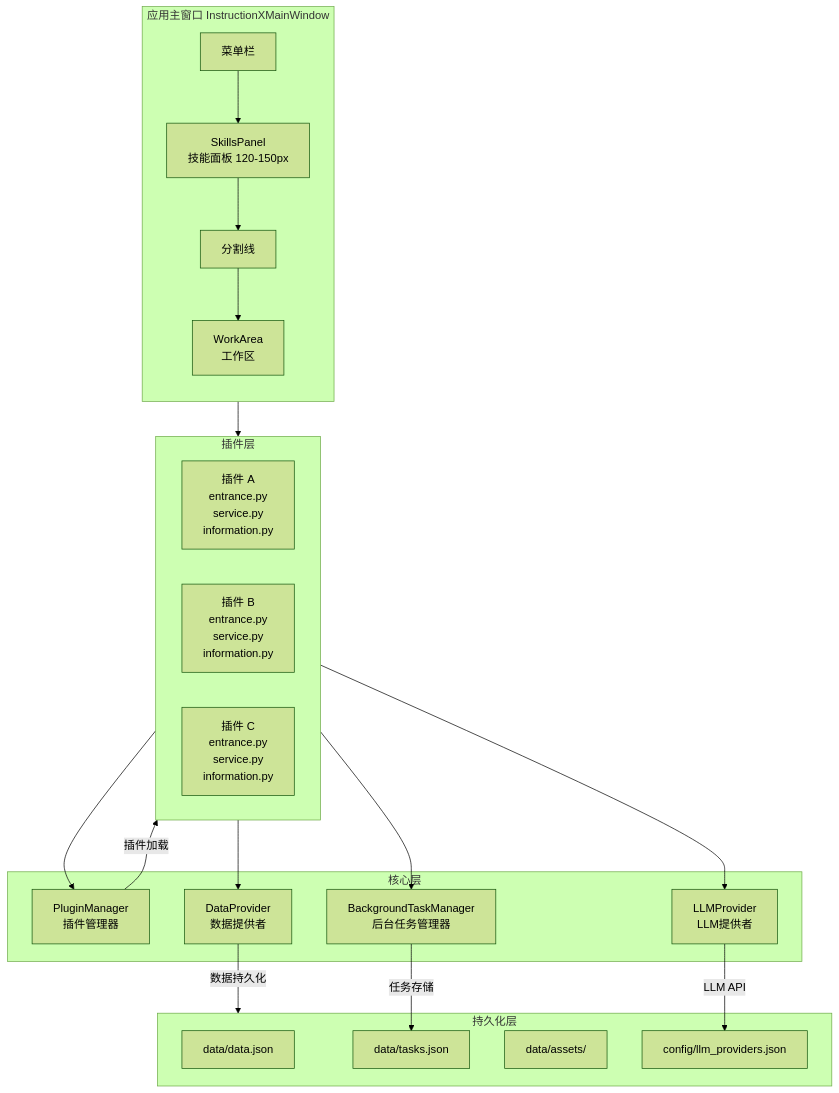
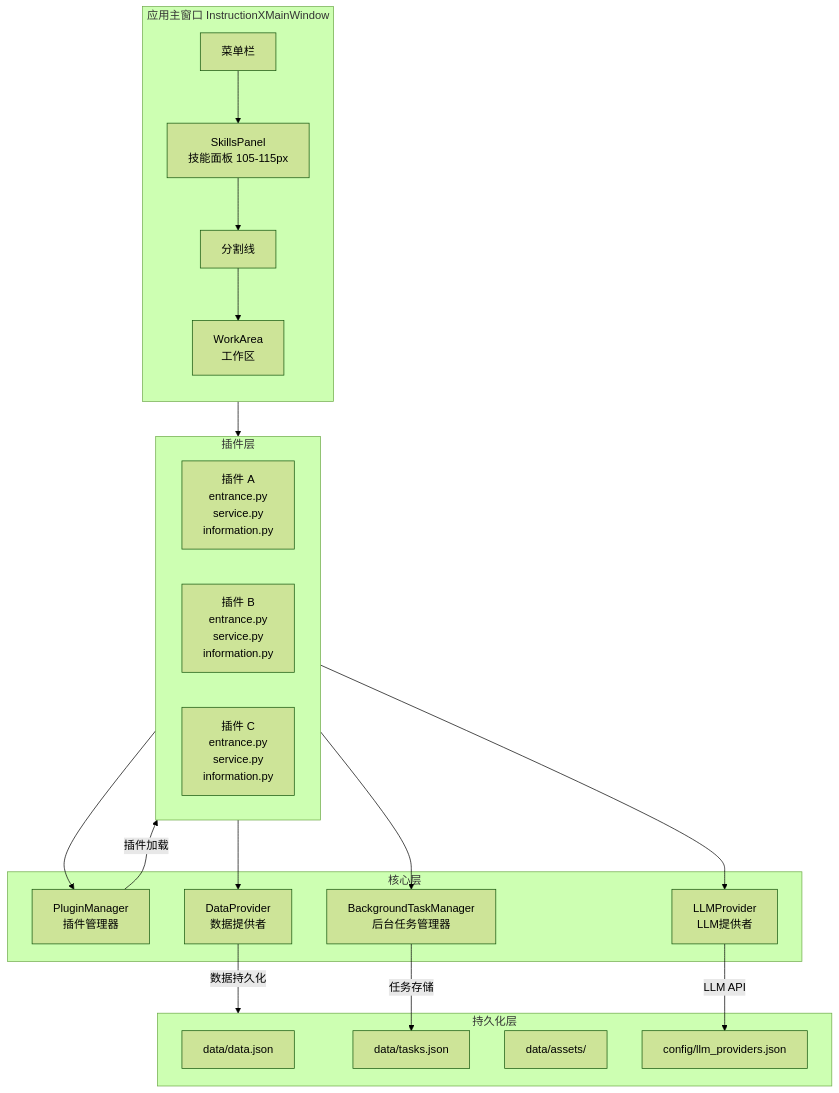
One commit to KKPIP-Tech/InstructionX changed the first of 4 diagrams in docs/architecture/overview.md. Above: the diagram before and after it, drawn with Mermaid (forest theme). The commit also changed other lines of this file and 2 other files, not shown here.

Commit message:
docs(architecture): 补充架构文档与修复目录结构
- 修复 docs/README.md 中的目录结构路径（documents → docs）
- 更新 overview.md 中的技能面板高度描述
- 新增 about_dialog.py 文件路径
- 补充 module-dependencies.md 中的 long_running_tasks 状态配置示例

````diff
--- a/docs/architecture/overview.md
+++ b/docs/architecture/overview.md
@@ -24,39 +24,39 @@
 ```mermaid
 graph TB
     subgraph MainWindow["应用主窗口 InstructionXMainWindow"]
         direction TB
-        Menu[菜单栏] --> SP["SkillsPanel<br/>技能面板 120-150px"]
+        Menu[菜单栏] --> SP["SkillsPanel<br/>技能面板 105-115px"]
         SP --> Divider["分割线"]
         Divider --> WA["WorkArea<br/>工作区"]
     end
 
     subgraph Plugins["插件层"]
         PA["插件 A<br/>entrance.py<br/>service.py<br/>information.py"]
         PB["插件 B<br/>entrance.py<br/>service.py<br/>information.py"]
         PC["插件 C<br/>entrance.py<br/>service.py<br/>information.py"]
     end
 
     subgraph Core["核心层"]
         PM["PluginManager<br/>插件管理器"]
         DP["DataProvider<br/>数据提供者"]
         BTM["BackgroundTaskManager<br/>后台任务管理器"]
         LLM["LLMProvider<br/>LLM提供者"]
     end
 
     subgraph Storage["持久化层"]
         DataJSON["data/data.json"]
         TasksJSON["data/tasks.json"]
         Assets["data/assets/"]
         LLMConfig["config/llm_providers.json"]
     end
 
     MainWindow --> Plugins
     Plugins --> PM
     Plugins --> DP
     Plugins --> BTM
     Plugins --> LLM
     PM -->|插件加载| Plugins
     DP -->|数据持久化| Storage
     BTM -->|任务存储| TasksJSON
     LLM -->|LLM API| LLMConfig
 ```
````
